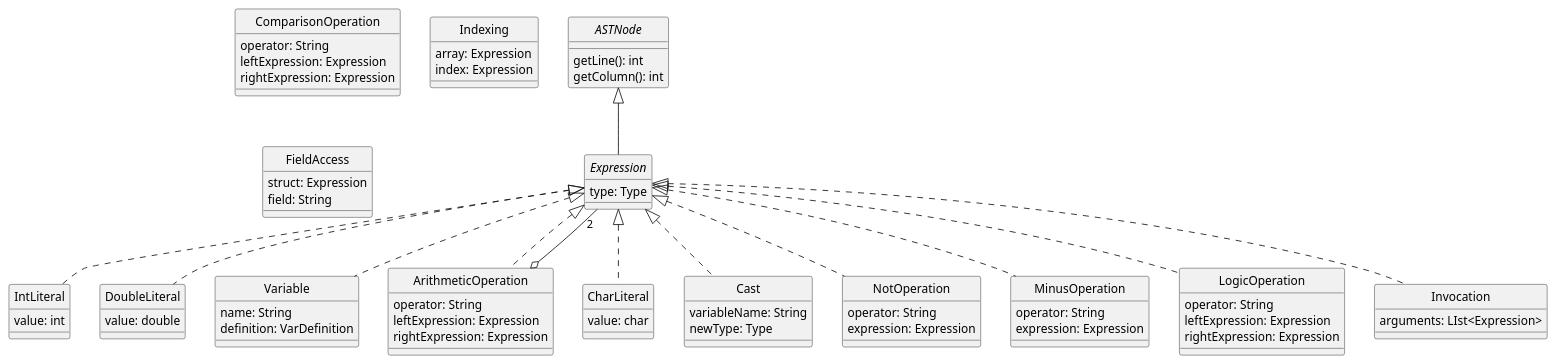
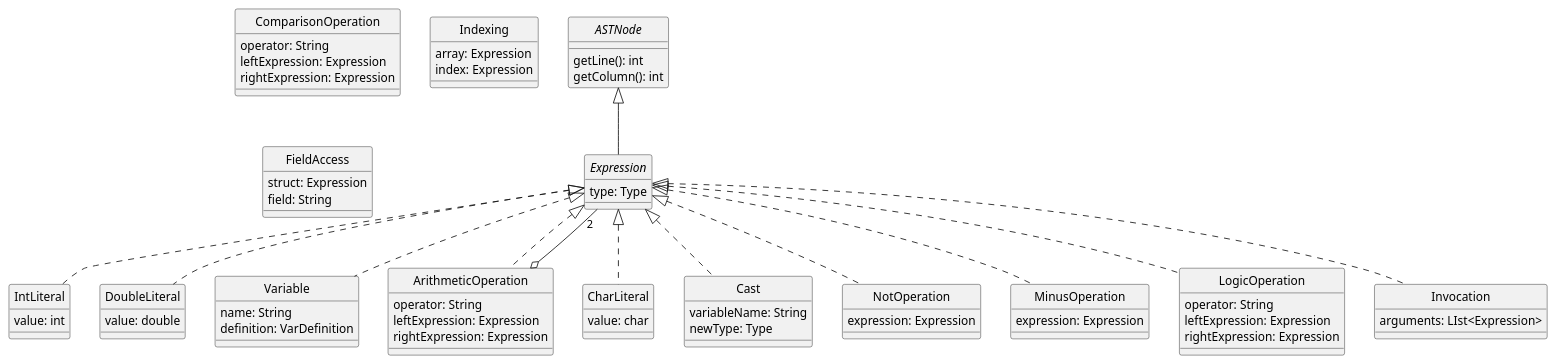
The diagram in docs/diagrams/expressions.plantuml (DavidGonzalezFernandez/dlp-compiler), drawn with PlantUML before and after one commit. The commit also changed 3 other files, not shown here.

Commit message:
Mejora de los diagramas UML

```diff
--- a/docs/diagrams/expressions.plantuml
+++ b/docs/diagrams/expressions.plantuml
@@ -1,95 +1,95 @@
 @startuml Expressions
 skinparam style strictuml
 skinparam monochrome true
 
 
 interface ASTNode {
     getLine(): int
     getColumn(): int
 }
 
 interface Expression {
     type: Type
 }
 
 class IntLiteral {
     value: int
 }
 
 class DoubleLiteral {
     value: double
 }
 
 class Variable {
     name: String
     definition: VarDefinition
 }
 
 class ArithmeticOperation {
     operator: String
     leftExpression: Expression
     rightExpression: Expression
 }
 
 class CharLiteral {
     value: char
 }
 
 ' La conversión explícita a tipos simples se podrá realizar usando la palabra clave as
 class Cast {
     variableName: String
     newType: Type   /'Tiene que ser de tipo simple'/
 }
 
 class NotOperation {
-    operator: String
+    ' No necesita especificar el operador
     expression: Expression
 }
 
 class MinusOperation {
-    operator: String    /'TODO comprobar si de verdad hace falta'/
+    ' No necesita especificar el operador
     expression: Expression
 }
 
 class LogicOperation {
     operator: String
     leftExpression: Expression
     rightExpression: Expression
 }
 
 class ComparisonOperation {
     operator: String
     leftExpression: Expression
     rightExpression: Expression
 }
 
 class Invocation {
     arguments: LIst<Expression>
 }
 
 class Indexing {
-    array: Expression
+    array: Expression       /'TODO qué tipo es'/
     index: Expression
 }
 
 class FieldAccess {
-    struct: Expression
+    struct: Expression      /'TODO qué tipo es'/
     field: String
 }
 
 ASTNode <|-- Expression
 Expression <|.. IntLiteral
 Expression <|.. DoubleLiteral
 Expression <|.. CharLiteral
 Expression <|.. Variable
 Expression <|.. NotOperation
 Expression <|.. MinusOperation
 Expression <|.. LogicOperation
 Expression <|.. ArithmeticOperation
 Expression <|.. Invocation
 Expression <|.. Cast
 
 ArithmeticOperation o-- "2" Expression
 
 
 @enduml
```
